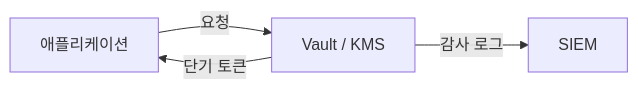
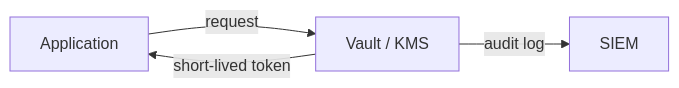
The diagram in content/information-security-101/ko/07-secret-management.md (yeongseon-books/book-content), drawn with Mermaid before and after one commit. The commit also changed other lines of this file and 9 other files, not shown here.

````diff
--- a/content/information-security-101/ko/07-secret-management.md
+++ b/content/information-security-101/ko/07-secret-management.md
@@ -36,6 +50,6 @@
 ```mermaid
 flowchart LR
-    A["애플리케이션"] -->|"요청"| V["Vault / KMS"]
-    V -->|"단기 토큰"| A
-    V -->|"감사 로그"| L["SIEM"]
+    A["Application"] -->|"request"| V["Vault / KMS"]
+    V -->|"short-lived token"| A
+    V -->|"audit log"| L["SIEM"]
 ```
````
